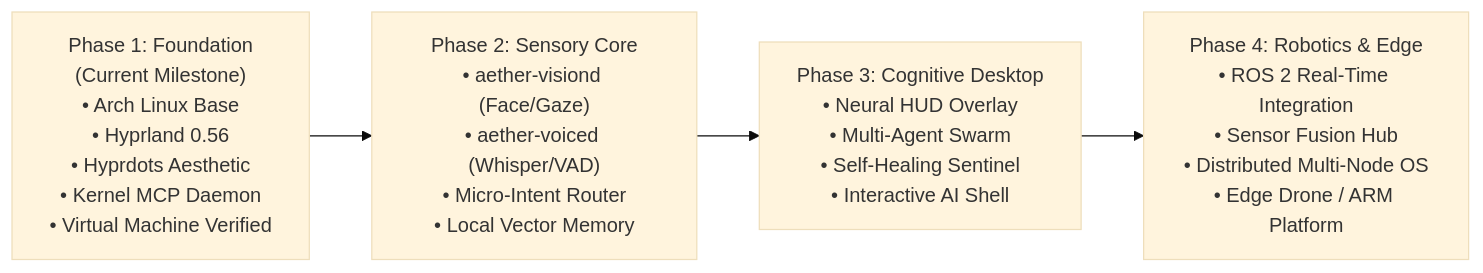
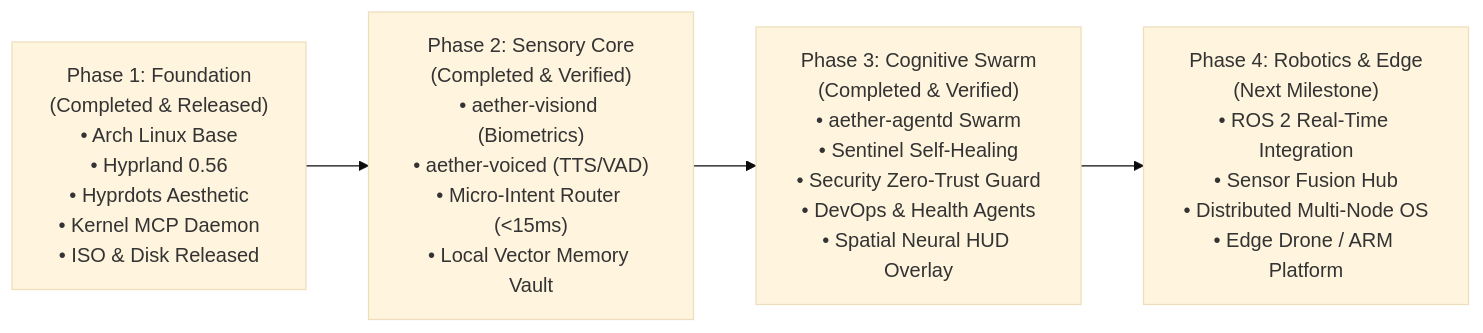
The fourth of 4 diagrams in docs/AETHEROS_MASTER_ARCHITECTURE.md (talpadeavi03/AetherOS-mini), drawn with Mermaid (base theme) before and after one commit. The commit also changed other lines of this file and 13 other files, not shown here.

First line of the commit message:
feat(phase3): implement Autonomous Agent Swarm & Spatial Neural HUD

````diff
--- a/docs/AETHEROS_MASTER_ARCHITECTURE.md
+++ b/docs/AETHEROS_MASTER_ARCHITECTURE.md
@@ -261,12 +261,12 @@
 ```mermaid
 flowchart LR
-    P1["Phase 1: Foundation\n(Current Milestone)\n• Arch Linux Base\n• Hyprland 0.56\n• Hyprdots Aesthetic\n• Kernel MCP Daemon\n• Virtual Machine Verified"]
+    P1["Phase 1: Foundation\n(Completed & Released)\n• Arch Linux Base\n• Hyprland 0.56\n• Hyprdots Aesthetic\n• Kernel MCP Daemon\n• ISO & Disk Released"]
     
-    P2["Phase 2: Sensory Core\n• aether-visiond (Face/Gaze)\n• aether-voiced (Whisper/VAD)\n• Micro-Intent Router\n• Local Vector Memory"]
+    P2["Phase 2: Sensory Core\n(Completed & Verified)\n• aether-visiond (Biometrics)\n• aether-voiced (TTS/VAD)\n• Micro-Intent Router (<15ms)\n• Local Vector Memory Vault"]
     
-    P3["Phase 3: Cognitive Desktop\n• Neural HUD Overlay\n• Multi-Agent Swarm\n• Self-Healing Sentinel\n• Interactive AI Shell"]
+    P3["Phase 3: Cognitive Swarm\n(Completed & Verified)\n• aether-agentd Swarm\n• Sentinel Self-Healing\n• Security Zero-Trust Guard\n• DevOps & Health Agents\n• Spatial Neural HUD Overlay"]
     
-    P4["Phase 4: Robotics & Edge\n• ROS 2 Real-Time Integration\n• Sensor Fusion Hub\n• Distributed Multi-Node OS\n• Edge Drone / ARM Platform"]
+    P4["Phase 4: Robotics & Edge\n(Next Milestone)\n• ROS 2 Real-Time Integration\n• Sensor Fusion Hub\n• Distributed Multi-Node OS\n• Edge Drone / ARM Platform"]
 
     P1 --> P2 --> P3 --> P4
 ```
````
